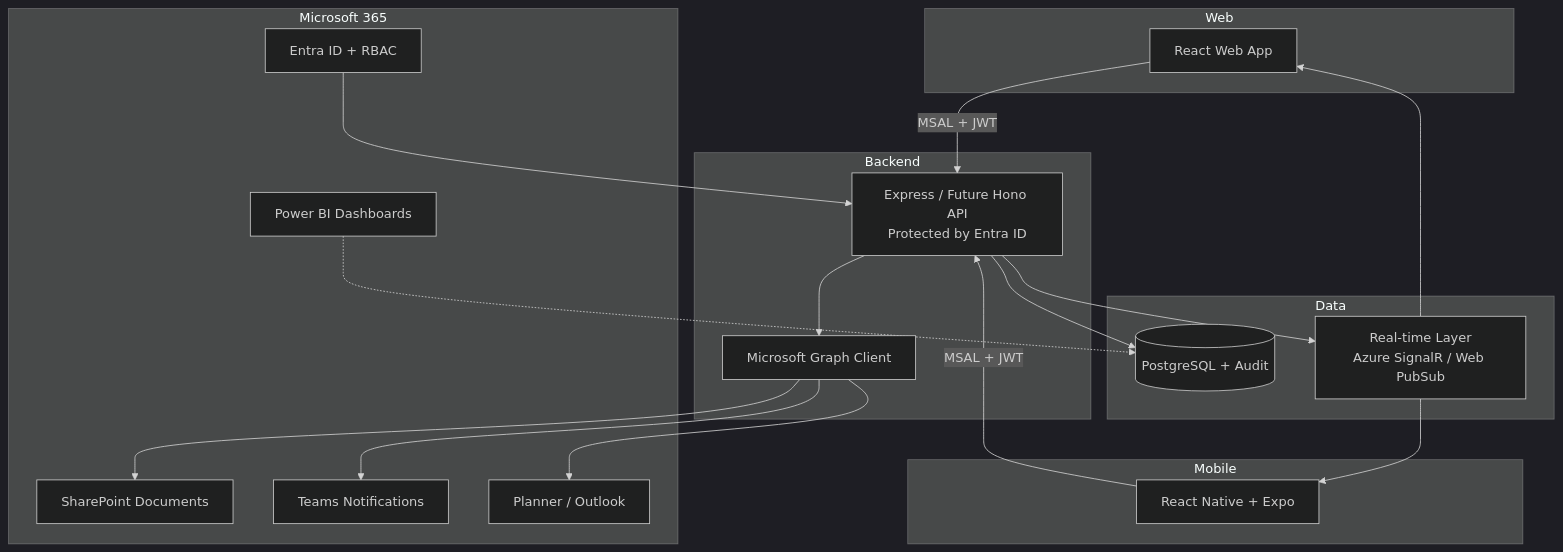
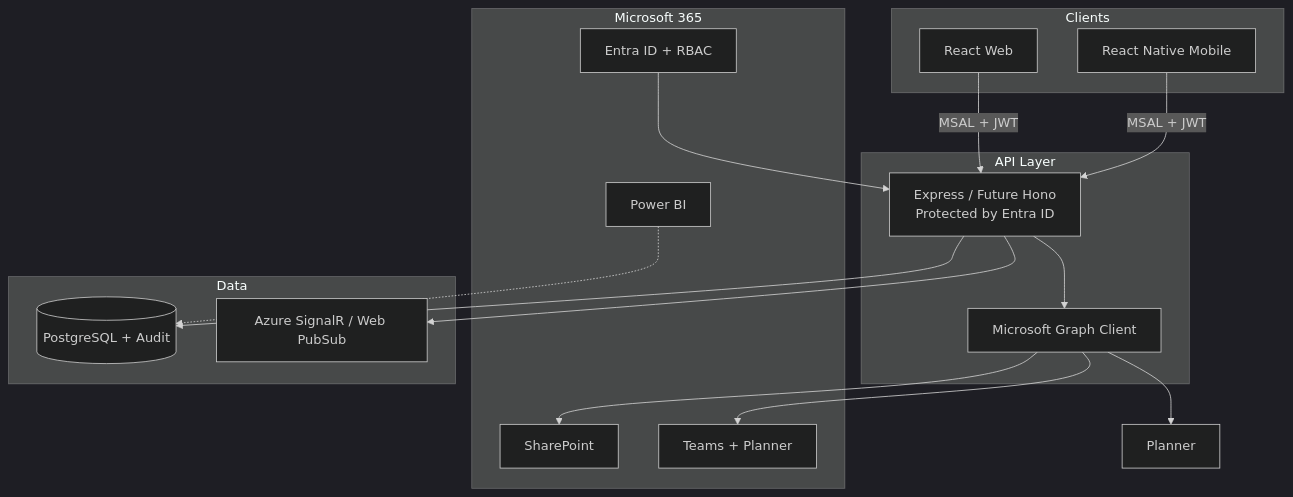
Before and after one commit to iceccarelli/bahn-project-manager: the fourth of 4 diagrams in README.md, drawn with Mermaid (dark theme). The commit also changed other lines of this file, not shown here.

````diff
--- a/README.md
+++ b/README.md
@@ -215,33 +193,28 @@
 ```mermaid
 flowchart TD
-    subgraph Web
-        W[React Web App]
+    subgraph Clients
+        W[React Web]
+        M[React Native Mobile]
     end
-    subgraph Mobile
-        M[React Native + Expo]
-    end
-    subgraph Backend
-        API[Express / Future Hono API<br/>Protected by Entra ID]
+    subgraph API Layer
+        API[Express / Future Hono<br/>Protected by Entra ID]
         Graph[Microsoft Graph Client]
     end
     subgraph Microsoft 365
         Entra[Entra ID + RBAC]
-        SP[SharePoint Documents]
-        Teams[Teams Notifications]
-        Planner[Planner / Outlook]
-        PowerBI[Power BI Dashboards]
+        SP[SharePoint]
+        Teams[Teams + Planner]
+        PowerBI[Power BI]
     end
     subgraph Data
         DB[(PostgreSQL + Audit)]
-        RT[Real-time Layer<br/>Azure SignalR / Web PubSub]
+        RT[Azure SignalR / Web PubSub]
     end
 
     W & M -->|MSAL + JWT| API
-    API --> Graph
-    Graph --> SP & Teams & Planner
+    API --> Graph --> SP & Teams & Planner
     API --> DB
     API --> RT
-    RT --> W & M
     Entra --> API
     PowerBI -.-> DB
 ```
````
